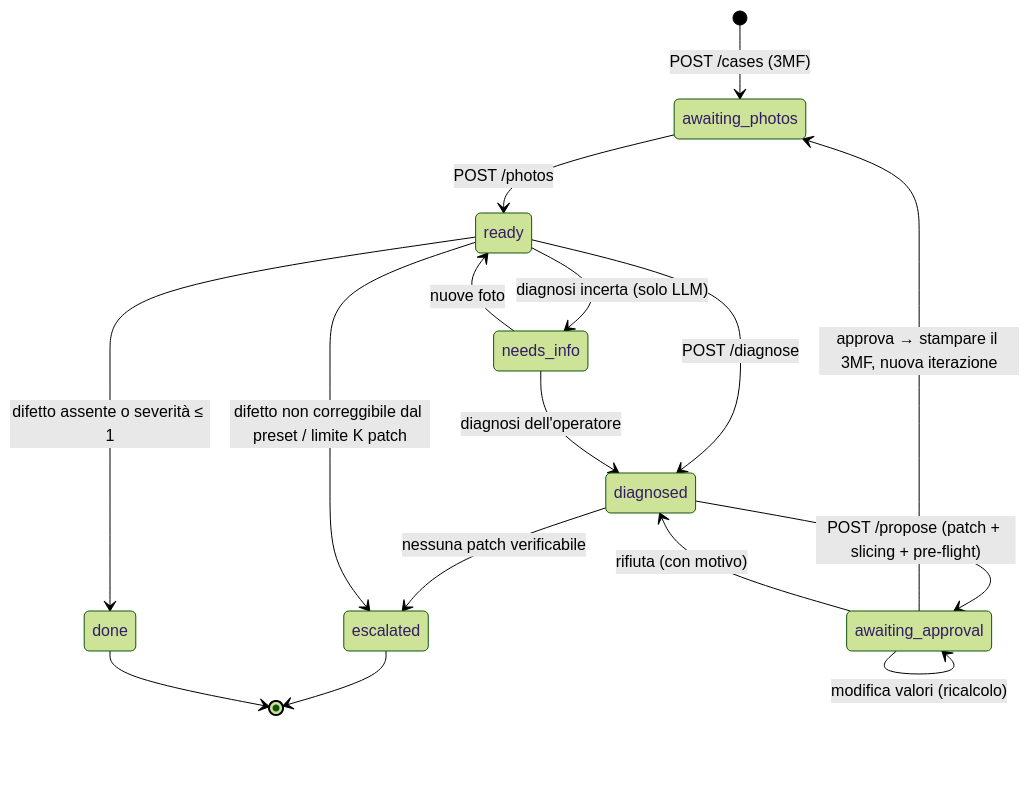
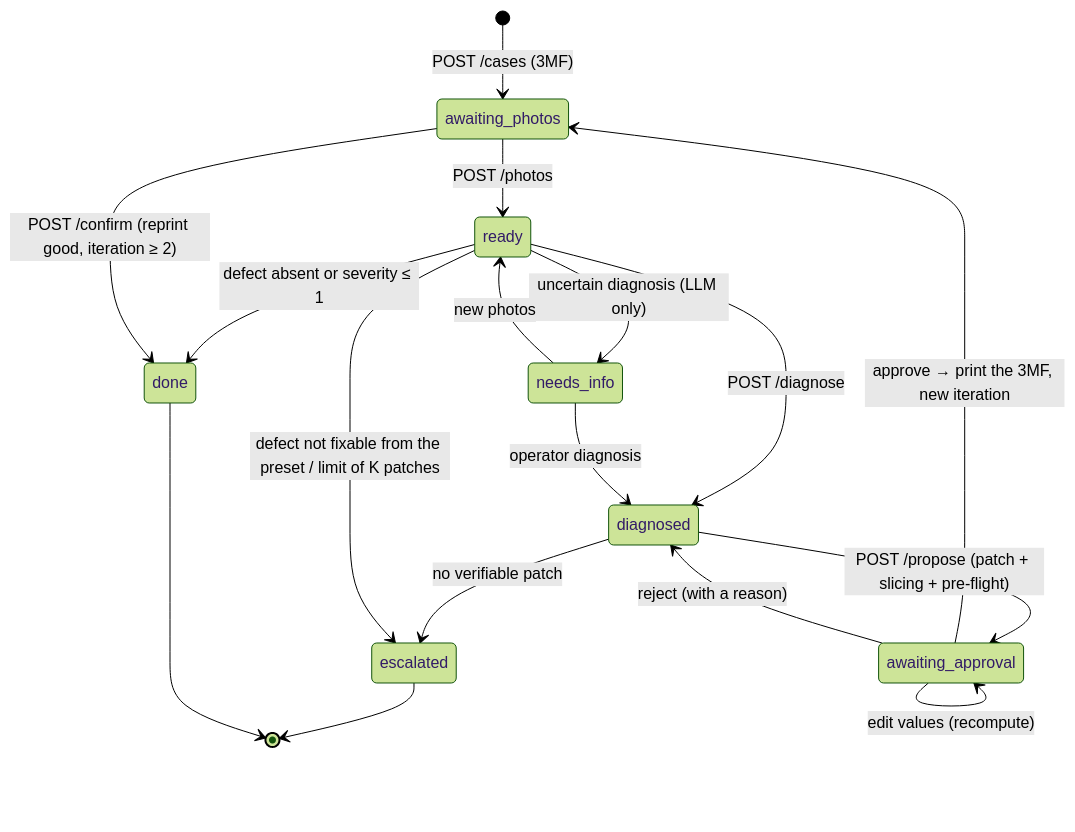
Before and after one commit to D3M1S22/printloop: the diagram in docs/printloop/05_API.md, drawn with Mermaid (forest theme). The commit also changed other lines of this file and 83 other files, not shown here.

````diff
--- a/docs/printloop/05_API.md
+++ b/docs/printloop/05_API.md
@@ -11,18 +11,19 @@
 ```mermaid
 stateDiagram-v2
     [*] --> awaiting_photos: POST /cases (3MF)
     awaiting_photos --> ready: POST /photos
     ready --> diagnosed: POST /diagnose
-    ready --> needs_info: diagnosi incerta (solo LLM)
-    needs_info --> ready: nuove foto
-    needs_info --> diagnosed: diagnosi dell'operatore
+    ready --> needs_info: uncertain diagnosis (LLM only)
+    needs_info --> ready: new photos
+    needs_info --> diagnosed: operator diagnosis
     diagnosed --> awaiting_approval: POST /propose (patch + slicing + pre-flight)
-    diagnosed --> escalated: nessuna patch verificabile
-    awaiting_approval --> awaiting_photos: approva → stampare il 3MF, nuova iterazione
-    awaiting_approval --> diagnosed: rifiuta (con motivo)
-    awaiting_approval --> awaiting_approval: modifica valori (ricalcolo)
-    ready --> done: difetto assente o severità ≤ 1
-    ready --> escalated: difetto non correggibile dal preset / limite K patch
+    diagnosed --> escalated: no verifiable patch
+    awaiting_approval --> awaiting_photos: approve → print the 3MF, new iteration
+    awaiting_approval --> diagnosed: reject (with a reason)
+    awaiting_approval --> awaiting_approval: edit values (recompute)
+    ready --> done: defect absent or severity ≤ 1
+    awaiting_photos --> done: POST /confirm (reprint good, iteration ≥ 2)
+    ready --> escalated: defect not fixable from the preset / limit of K patches
     escalated --> [*]
     done --> [*]
 ```
````
